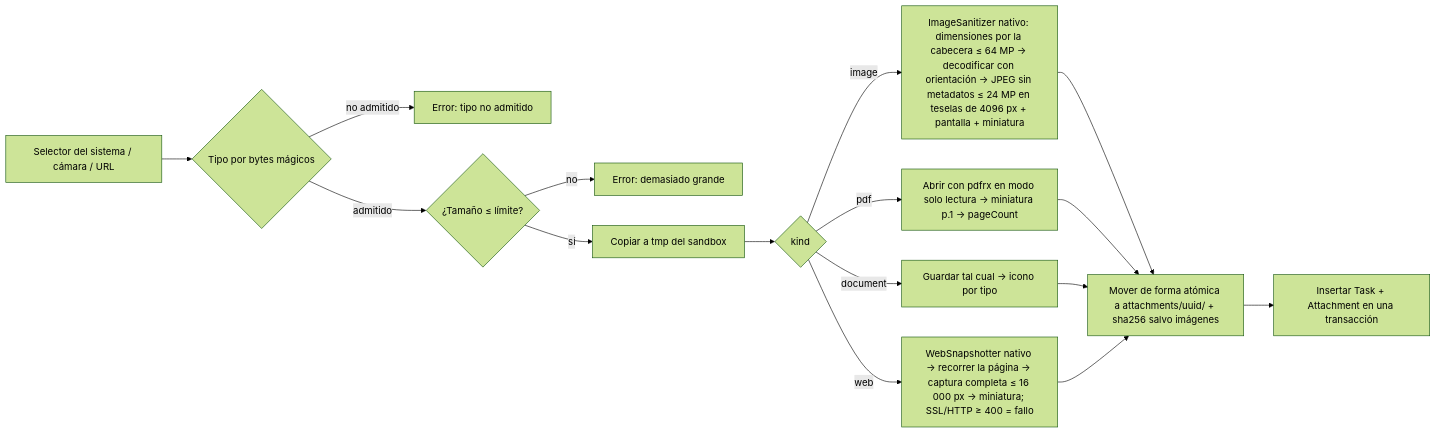
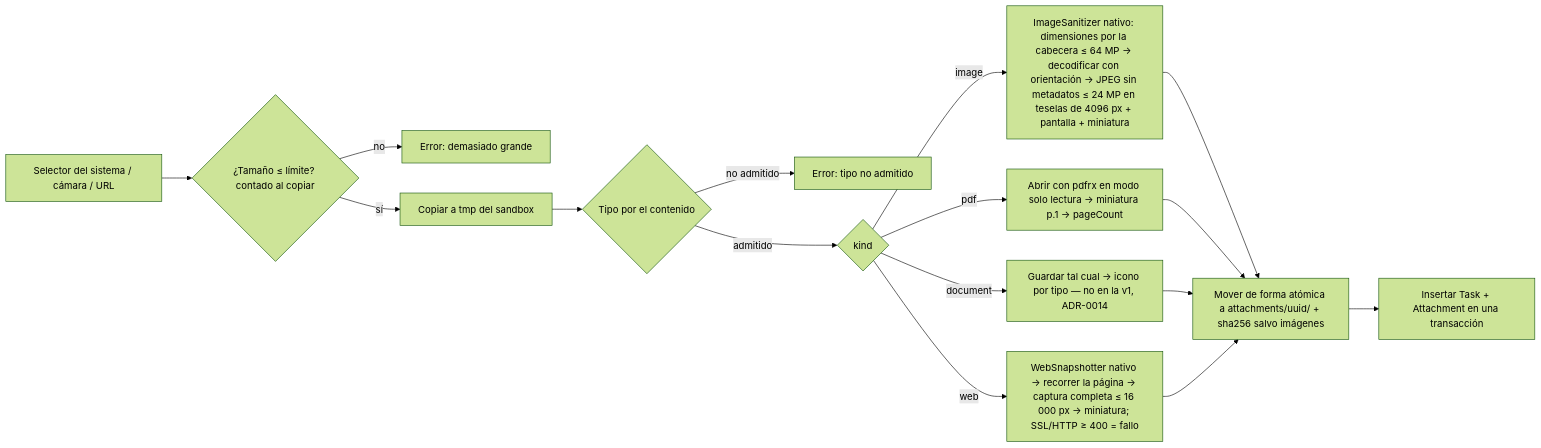
Before and after one commit to svallev/una: the fourth of 4 diagrams in docs/architecture.md, drawn with Mermaid (forest theme). The commit also changed other lines of this file and 12 other files, not shown here.

````diff
--- a/docs/architecture.md
+++ b/docs/architecture.md
@@ -158,15 +158,15 @@
 ```mermaid
 flowchart LR
-  A[Selector del sistema / cámara / URL] --> B{Tipo por bytes mágicos}
-  B -- no admitido --> X[Error: tipo no admitido]
-  B -- admitido --> C{¿Tamaño ≤ límite?}
+  A[Selector del sistema / cámara / URL] --> C{¿Tamaño ≤ límite? contado al copiar}
   C -- no --> Y[Error: demasiado grande]
   C -- sí --> D[Copiar a tmp del sandbox]
-  D --> E{kind}
+  D --> B{Tipo por el contenido}
+  B -- no admitido --> X[Error: tipo no admitido]
+  B -- admitido --> E{kind}
   E -- image --> F[ImageSanitizer nativo: dimensiones por la cabecera ≤ 64 MP → decodificar con orientación → JPEG sin metadatos ≤ 24 MP en teselas de 4096 px + pantalla + miniatura]
   E -- pdf --> G[Abrir con pdfrx en modo solo lectura → miniatura p.1 → pageCount]
-  E -- document --> H[Guardar tal cual → icono por tipo]
+  E -- document --> H[Guardar tal cual → icono por tipo — no en la v1, ADR-0014]
   E -- web --> I[WebSnapshotter nativo → recorrer la página → captura completa ≤ 16 000 px → miniatura; SSL/HTTP ≥ 400 = fallo]
   F & G & H & I --> J[Mover de forma atómica a attachments/uuid/ + sha256 salvo imágenes]
   J --> K[Insertar Task + Attachment en una transacción]
 ```
````
